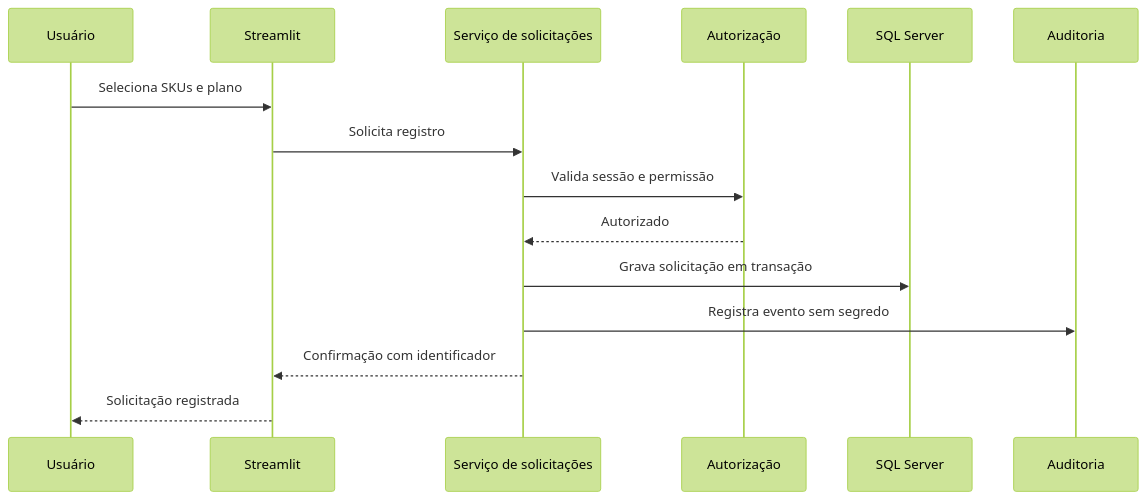
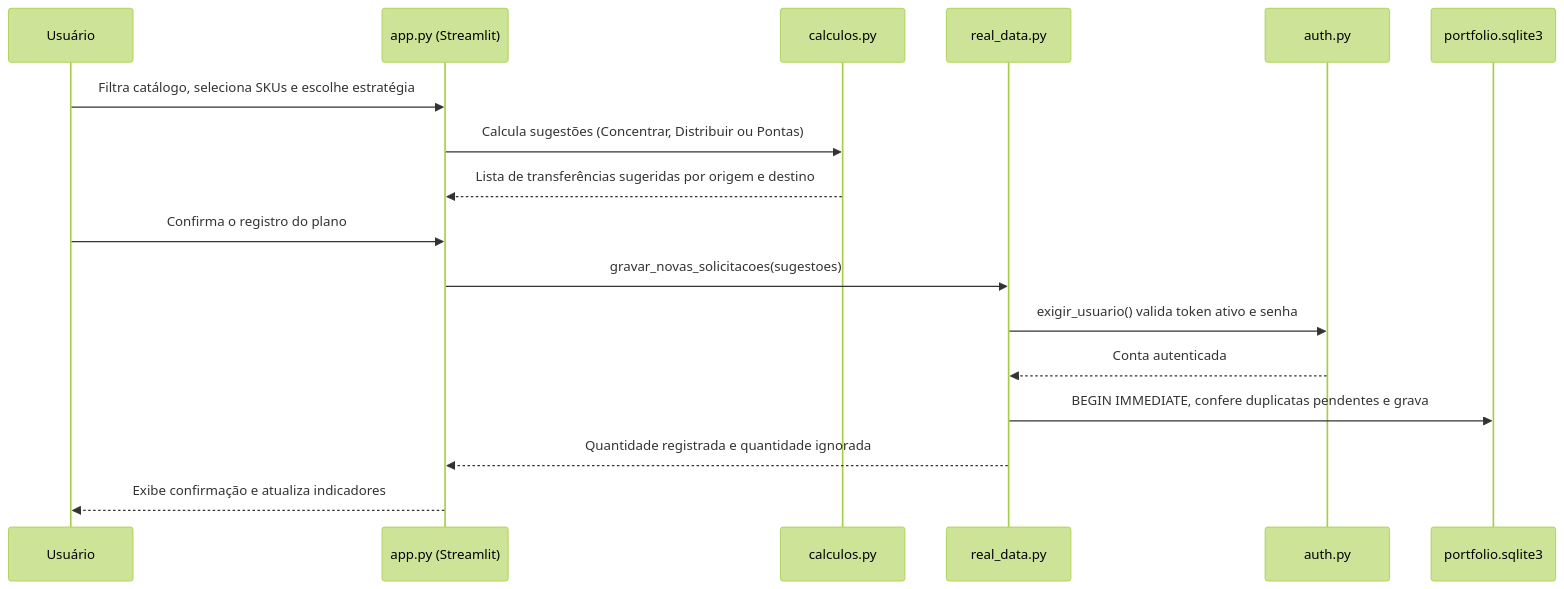
One commit to Andrrr33/remanejamento-estoque changed the second of 2 diagrams in docs/ARQUITETURA.md. Above: the diagram before and after it, drawn with Mermaid (forest theme). The commit also changed other lines of this file and 21 other files, not shown here.

Commit message:
Adiciona aplicacao funcional com SQLite, aba de auditoria, testes e documentacao atualizada

````diff
--- a/docs/ARQUITETURA.md
+++ b/docs/ARQUITETURA.md
@@ -13,18 +23,20 @@
 ```mermaid
 sequenceDiagram
-    participant Usuário
-    participant Tela as Streamlit
-    participant Serviço as Serviço de solicitações
-    participant Autorização
-    participant Banco as SQL Server
-    participant Auditoria
+    participant Usuario as Usuário
+    participant Tela as app.py (Streamlit)
+    participant Calculo as calculos.py
+    participant Dados as real_data.py
+    participant Auth as auth.py
+    participant SQLite as portfolio.sqlite3
 
-    Usuário->>Tela: Seleciona SKUs e plano
-    Tela->>Serviço: Solicita registro
-    Serviço->>Autorização: Valida sessão e permissão
-    Autorização-->>Serviço: Autorizado
-    Serviço->>Banco: Grava solicitação em transação
-    Serviço->>Auditoria: Registra evento sem segredo
-    Serviço-->>Tela: Confirmação com identificador
-    Tela-->>Usuário: Solicitação registrada
+    Usuario->>Tela: Filtra catálogo, seleciona SKUs e escolhe estratégia
+    Tela->>Calculo: Calcula sugestões (Concentrar, Distribuir ou Pontas)
+    Calculo-->>Tela: Lista de transferências sugeridas por origem e destino
+    Usuario->>Tela: Confirma o registro do plano
+    Tela->>Dados: gravar_novas_solicitacoes(sugestoes)
+    Dados->>Auth: exigir_usuario() valida token ativo e senha
+    Auth-->>Dados: Conta autenticada
+    Dados->>SQLite: BEGIN IMMEDIATE, confere duplicatas pendentes e grava
+    Dados-->>Tela: Quantidade registrada e quantidade ignorada
+    Tela-->>Usuario: Exibe confirmação e atualiza indicadores
 ```
````
